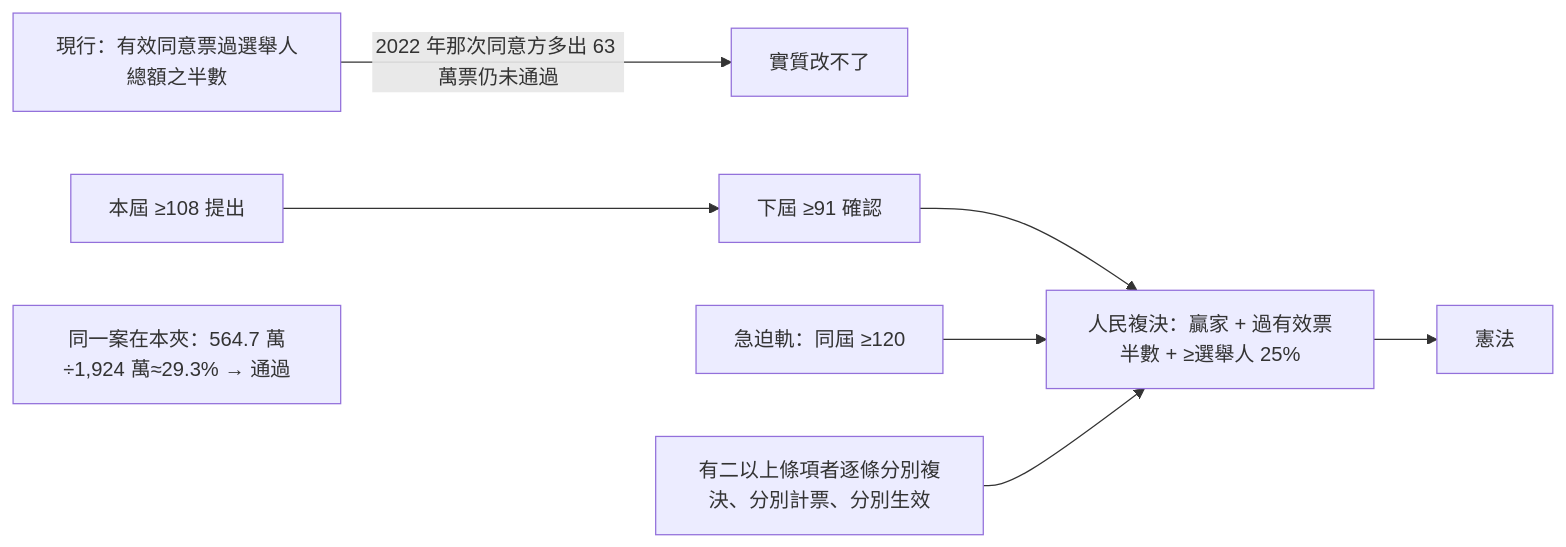
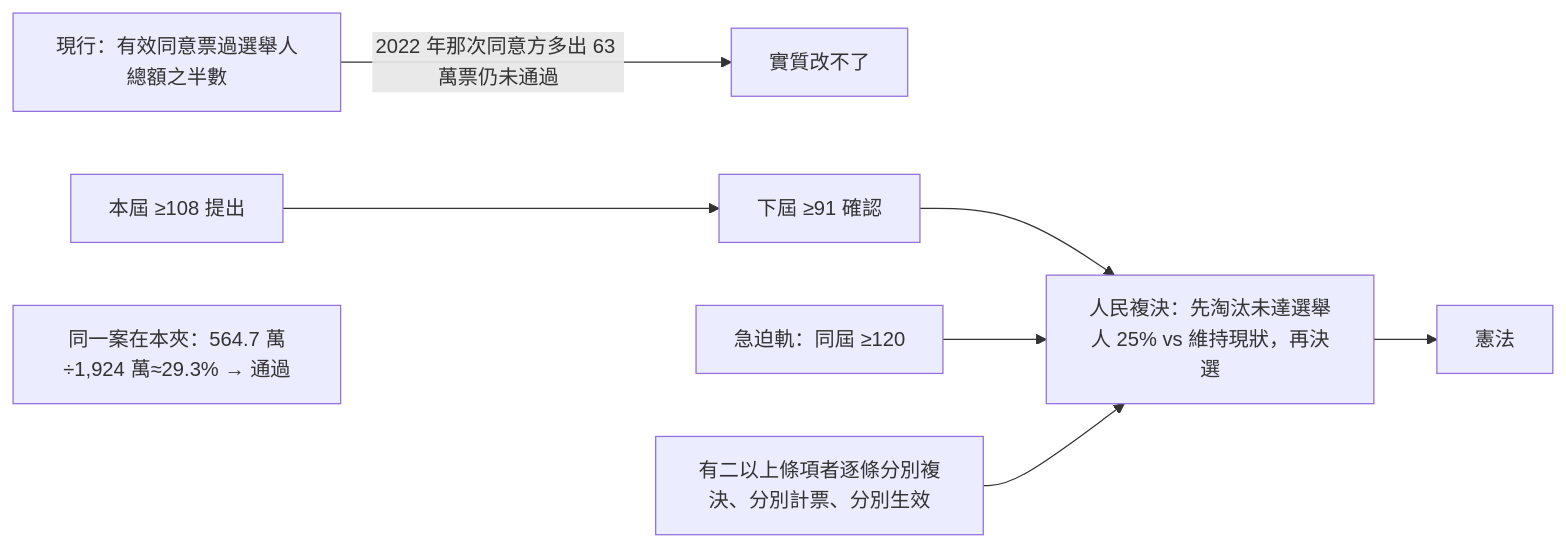
One commit to IRonROOT578/Political-Economy-Research-Public changed the sixth of 10 diagrams in topics/regime-designs/designs/台灣/一院總統制-測試/憲政架構圖.md. Above: the diagram before and after it, drawn with Mermaid. The commit also changed 253 other files, not shown here.

````diff
--- a/topics/regime-designs/designs/台灣/一院總統制-測試/憲政架構圖.md
+++ b/topics/regime-designs/designs/台灣/一院總統制-測試/憲政架構圖.md
@@ -83,10 +83,10 @@
 ```mermaid
 flowchart LR
   Now[現行：有效同意票過選舉人總額之半數] -->|2022 年那次同意方多出 63 萬票仍未通過| Fail[實質改不了]
   P1[本屆 ≥108 提出] --> P2[下屆 ≥91 確認]
-  P2 --> P3[人民複決：贏家 + 過有效票半數 + ≥選舉人 25%]
+  P2 --> P3[人民複決：先淘汰未達選舉人 25% vs 維持現狀，再決選]
   P3 --> Const[憲法]
   U1[急迫軌：同屆 ≥120] --> P3
   Split[有二以上條項者逐條分別複決、分別計票、分別生效] --> P3
   Check[同一案在本夾：564.7 萬÷1,924 萬≈29.3% → 通過]
 ```
````
